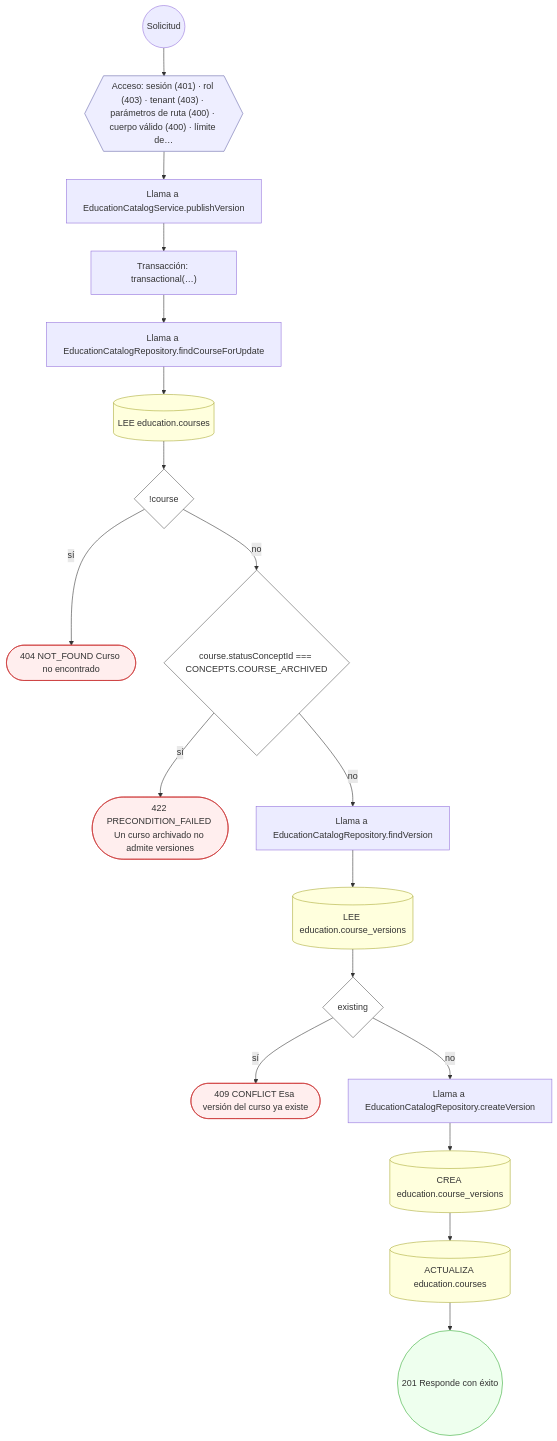
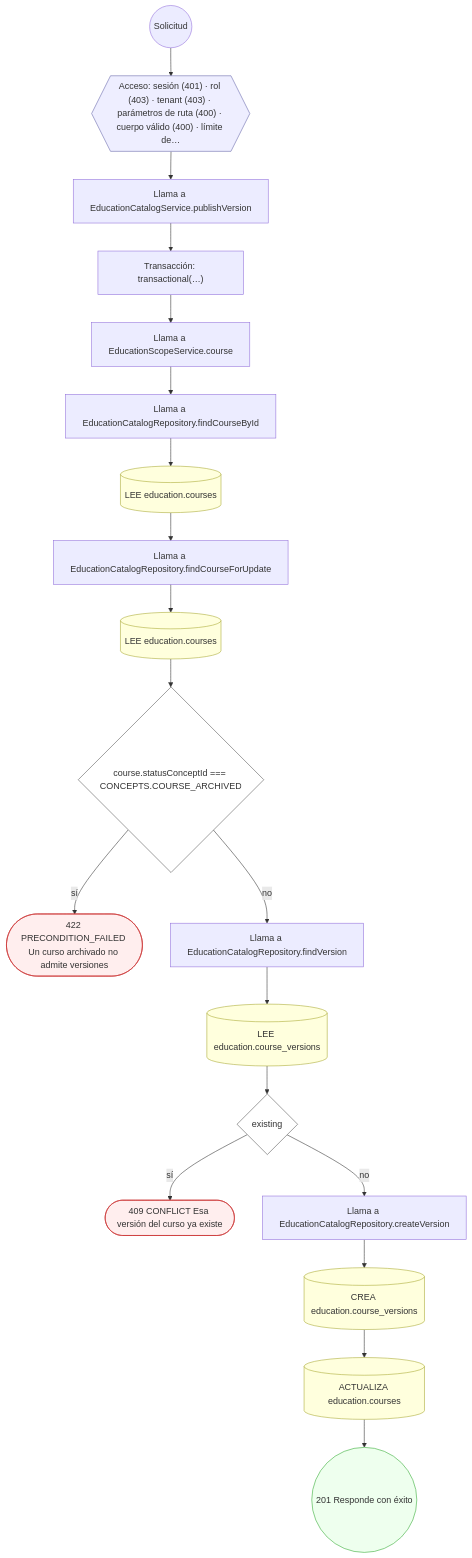
One commit to mdavila-2001/mantra-core-health-api changed the tenth of 15 diagrams in docs/inventario/flujos/education.md. Above: the diagram before and after it, drawn with Mermaid. The commit also changed other lines of this file and 438 other files, not shown here.

````diff
--- a/docs/inventario/flujos/education.md
+++ b/docs/inventario/flujos/education.md
@@ -750,44 +863,46 @@
 ```mermaid
 flowchart TD
   n1(("Solicitud")):::inicio
   n2{{"Acceso: sesión (401) · rol (403) · tenant (403) · parámetros de ruta (400) · cuerpo válido (400) · límite de…"}}:::acceso
   n1 --> n2
   n3["Llama a EducationCatalogService.publishVersion"]:::llamada
   n2 --> n3
   n4["Transacción: transactional(…)"]:::transaccion
   n3 --> n4
-  n5["Llama a EducationCatalogRepository.findCourseForUpdate"]:::llamada
+  n5["Llama a EducationScopeService.course"]:::llamada
   n4 --> n5
-  n6[("LEE education.courses")]:::efecto
+  n6["Llama a EducationCatalogRepository.findCourseById"]:::llamada
   n5 --> n6
-  n7{"!course"}:::decision
+  n7[("LEE education.courses")]:::efecto
   n6 --> n7
-  n8(["404 NOT_FOUND Curso no encontrado"]):::error
-  n7 -->|"sí"| n8
-  n9{"course.statusConceptId === CONCEPTS.COURSE_ARCHIVED"}:::decision
-  n7 -->|"no"| n9
-  n10(["422 PRECONDITION_FAILED Un curso archivado no admite versiones"]):::error
-  n9 -->|"sí"| n10
-  n11["Llama a EducationCatalogRepository.findVersion"]:::llamada
-  n9 -->|"no"| n11
-  n12[("LEE education.course_versions")]:::efecto
-  n11 --> n12
-  n13{"existing"}:::decision
+  n8["Llama a EducationCatalogRepository.findCourseForUpdate"]:::llamada
+  n7 --> n8
+  n9[("LEE education.courses")]:::efecto
+  n8 --> n9
+  n10{"course.statusConceptId === CONCEPTS.COURSE_ARCHIVED"}:::decision
+  n9 --> n10
+  n11(["422 PRECONDITION_FAILED Un curso archivado no admite versiones"]):::error
+  n10 -->|"sí"| n11
+  n12["Llama a EducationCatalogRepository.findVersion"]:::llamada
+  n10 -->|"no"| n12
+  n13[("LEE education.course_versions")]:::efecto
   n12 --> n13
-  n14(["409 CONFLICT Esa versión del curso ya existe"]):::error
-  n13 -->|"sí"| n14
-  n15["Llama a EducationCatalogRepository.createVersion"]:::llamada
-  n13 -->|"no"| n15
-  n16[("CREA education.course_versions")]:::efecto
-  n15 --> n16
-  n17[("ACTUALIZA education.courses")]:::efecto
+  n14{"existing"}:::decision
+  n13 --> n14
+  n15(["409 CONFLICT Esa versión del curso ya existe"]):::error
+  n14 -->|"sí"| n15
+  n16["Llama a EducationCatalogRepository.createVersion"]:::llamada
+  n14 -->|"no"| n16
+  n17[("CREA education.course_versions")]:::efecto
   n16 --> n17
-  n18(("201 Responde con éxito")):::ok
+  n18[("ACTUALIZA education.courses")]:::efecto
   n17 --> n18
+  n19(("201 Responde con éxito")):::ok
+  n18 --> n19
   classDef acceso fill:#eef,stroke:#66a
   classDef error fill:#fee,stroke:#c33
   classDef ok fill:#efe,stroke:#3a3
   classDef efecto fill:#ffd,stroke:#aa3
   classDef decision fill:#fff,stroke:#555
   classDef corte fill:#eee,stroke:#999,stroke-dasharray: 4
 ```
````
